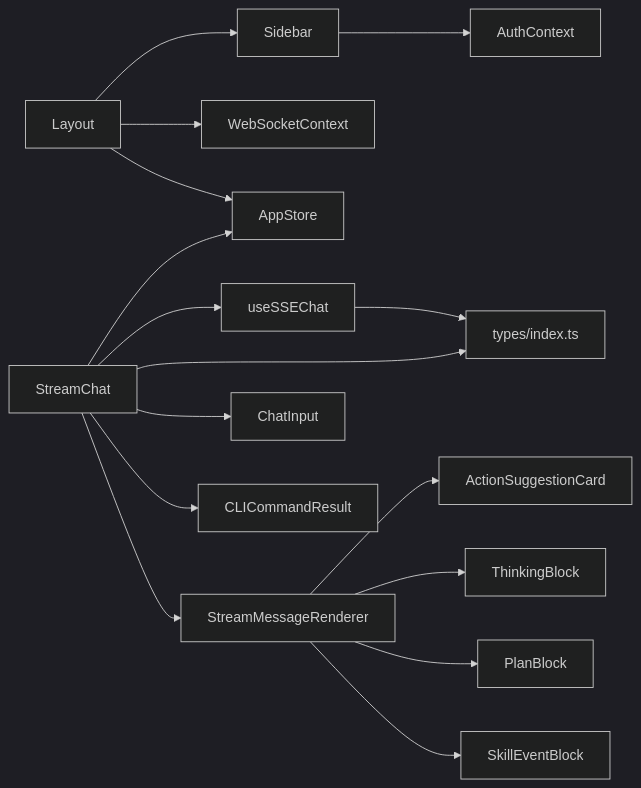
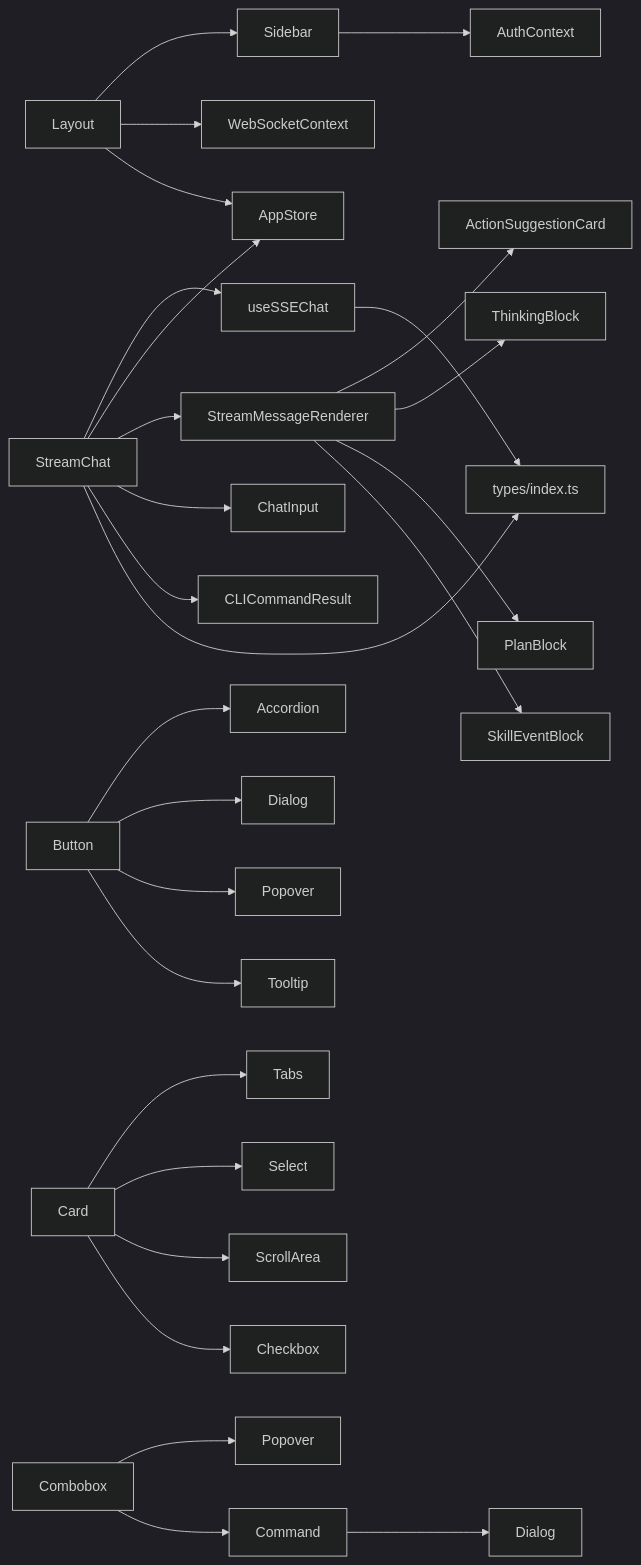
The fifth of 5 diagrams in .qoder/repowiki/zh/content/前端应用架构/组件库系统.md (angledick/-), drawn with Mermaid (dark theme) before and after one commit. The commit also changed other lines of this file and 770 other files, not shown here.

````diff
--- a/.qoder/repowiki/zh/content/前端应用架构/组件库系统.md
+++ b/.qoder/repowiki/zh/content/前端应用架构/组件库系统.md
@@ -299,18 +395,29 @@
 ```mermaid
 graph LR
 L["Layout"] --> S["Sidebar"]
 L --> WSC["WebSocketContext"]
 L --> AS["AppStore"]
 S --> AC["AuthContext"]
 SC["StreamChat"] --> U["useSSEChat"]
 SC --> AS
 SC --> SMR["StreamMessageRenderer"]
 SC --> CI["ChatInput"]
 SC --> CLI["CLICommandResult"]
 SMR --> ASC["ActionSuggestionCard"]
 SMR --> TB["ThinkingBlock"]
 SMR --> PB["PlanBlock"]
 SMR --> SEB["SkillEventBlock"]
 U --> T["types/index.ts"]
 SC --> T
+BTN["Button"] --> ACC["Accordion"]
+BTN --> DLG["Dialog"]
+BTN --> POP["Popover"]
+BTN --> TIP["Tooltip"]
+CD["Card"] --> TAB["Tabs"]
+CD --> SEL["Select"]
+CD --> SA["ScrollArea"]
+CD --> CHK["Checkbox"]
+CB["Combobox"] --> POPV["Popover"]
+CB --> CMD["Command"]
+CMD --> DLGV["Dialog"]
 ```
````
